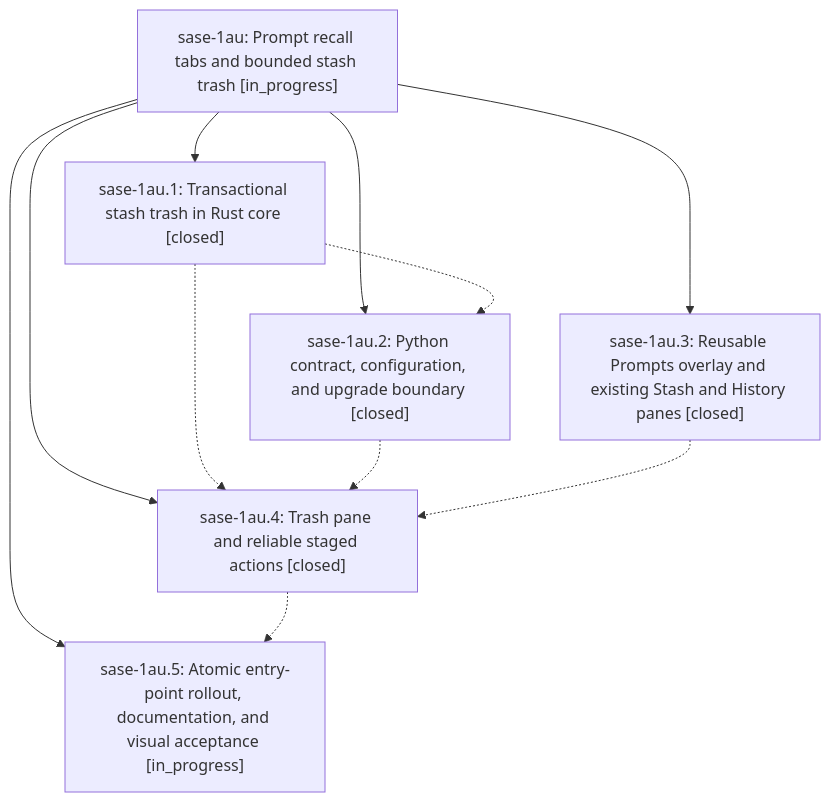
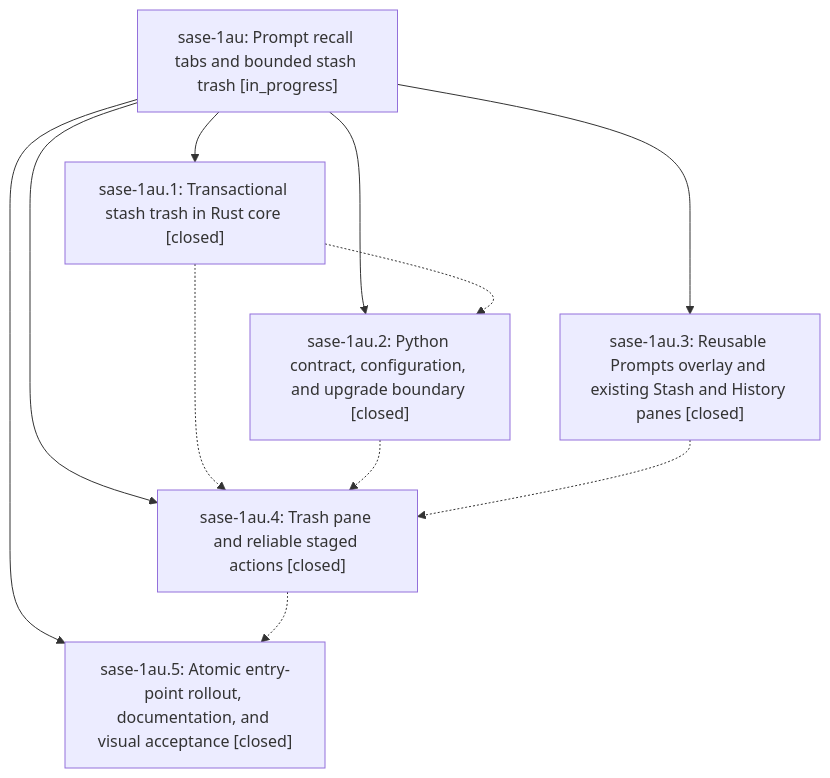
One commit to sase-org/sase--beads changed the diagram in pages/sase-1au/README.md. Above: the diagram before and after it, drawn with Mermaid. The commit also changed other lines of this file and 2 other files, not shown here.

First line of the commit message:
chore(beads): sync bead state and pages for sase-1au

````diff
--- a/pages/sase-1au/README.md
+++ b/pages/sase-1au/README.md
@@ -38,19 +38,19 @@
 ```mermaid
 flowchart TD
     n0["sase-1au: Prompt recall tabs and bounded stash trash [in_progress]"]
     n1["sase-1au.1: Transactional stash trash in Rust core [closed]"]
     n2["sase-1au.2: Python contract, configuration, and upgrade boundary [closed]"]
     n3["sase-1au.3: Reusable Prompts overlay and existing Stash and History panes [closed]"]
     n4["sase-1au.4: Trash pane and reliable staged actions [closed]"]
-    n5["sase-1au.5: Atomic entry-point rollout, documentation, and visual acceptance [in_progress]"]
+    n5["sase-1au.5: Atomic entry-point rollout, documentation, and visual acceptance [closed]"]
     n0 --> n1
     n0 --> n2
     n0 --> n3
     n0 --> n4
     n0 --> n5
     n1 -.-> n2
     n1 -.-> n4
     n2 -.-> n4
     n3 -.-> n4
     n4 -.-> n5
 ```
````
